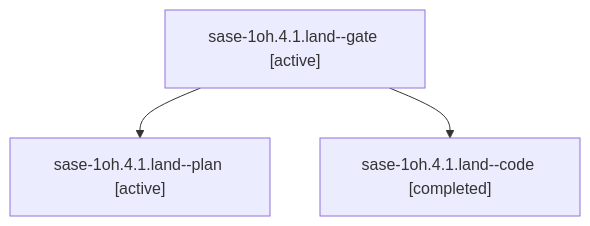
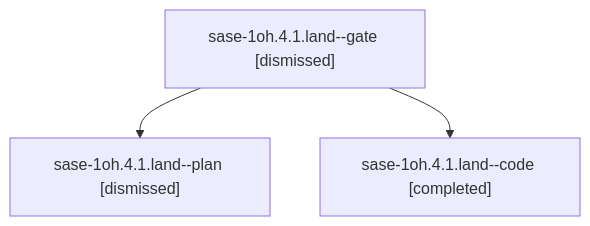
One commit to sase-org/sase--agents changed the diagram in sessions/bbugyi200.athena.sase-1oh.4.1.land.md. Above: the diagram before and after it, drawn with Mermaid. The commit also changed other lines of this file and 68 other files, not shown here.

````diff
--- a/sessions/bbugyi200.athena.sase-1oh.4.1.land.md
+++ b/sessions/bbugyi200.athena.sase-1oh.4.1.land.md
@@ -9,8 +9,8 @@
 ```mermaid
 flowchart TD
-  n0["sase-1oh.4.1.land--gate [active]"]
-  n1["sase-1oh.4.1.land--plan [active]"]
+  n0["sase-1oh.4.1.land--gate [dismissed]"]
+  n1["sase-1oh.4.1.land--plan [dismissed]"]
   n0 --> n1
   n2["sase-1oh.4.1.land--code [completed]"]
   n0 --> n2
 ```
````
